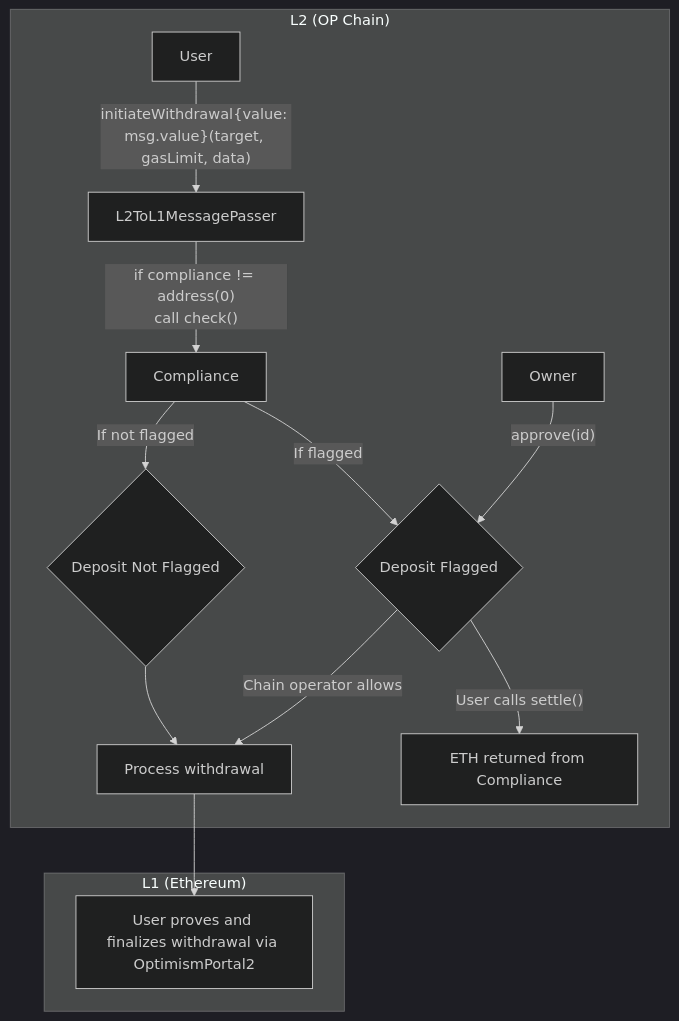
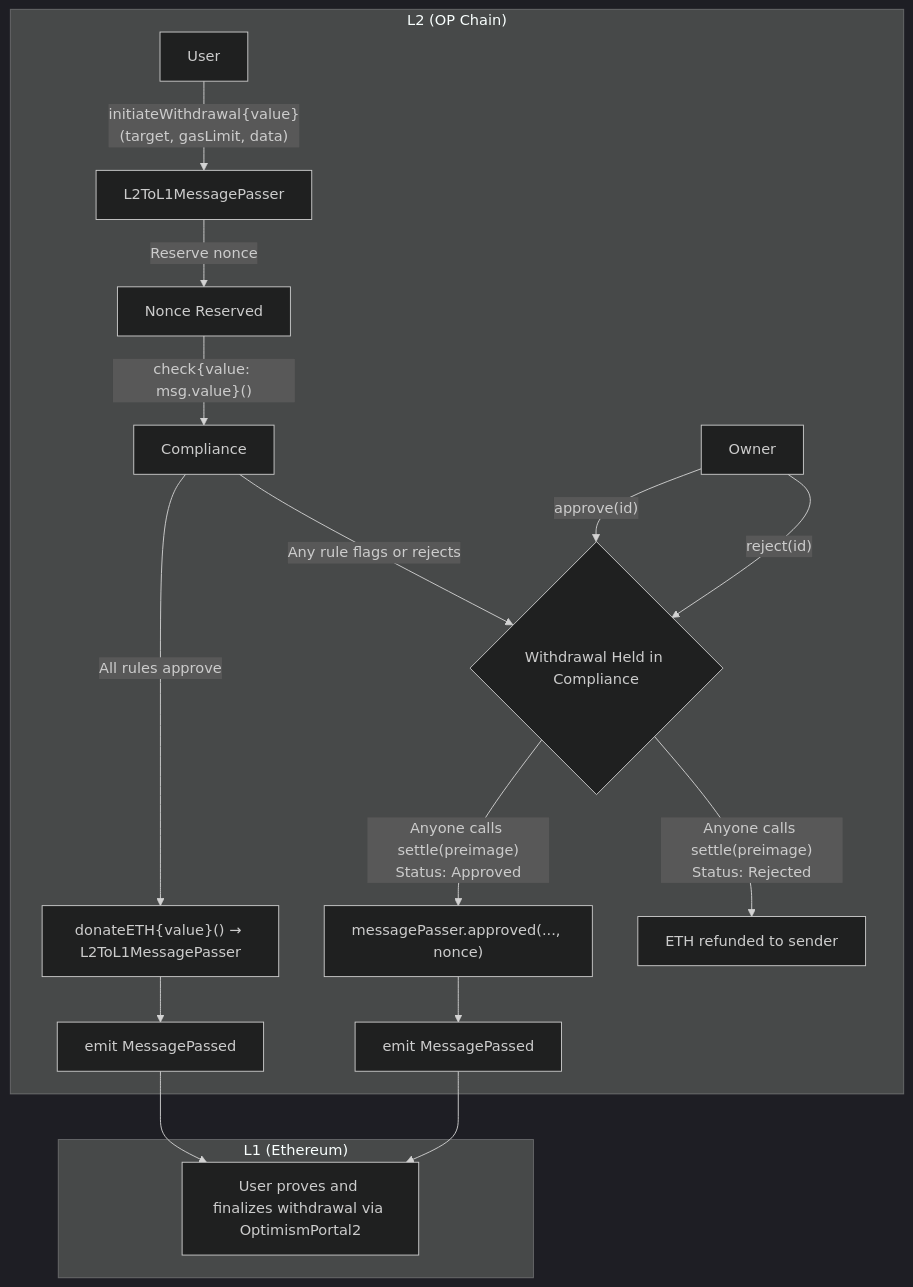
Before and after one commit to ethereum-optimism/design-docs: the second of 2 diagrams in protocol/compliance-module.md, drawn with Mermaid (dark theme). The commit also changed other lines of this file, not shown here.

Commit message:
fix: correct mermaid diagrams for deposit and withdrawal flows
The L1 deposit and L2 withdrawal flow diagrams had several inaccuracies
compared to the detailed design: missing donateETH() on the happy path,
incorrect owner/settle flow, wrong labels ("Deposit" instead of
"Withdrawal"), and missing nonce reservation step. Updated both diagrams
to accurately reflect the contract interactions described in the doc.

````diff
--- a/protocol/compliance-module.md
+++ b/protocol/compliance-module.md
@@ -89,27 +94,34 @@
 ```mermaid
 flowchart TB
     subgraph L2["L2 (OP Chain)"]
         User2[User]
         MessagePasser[L2ToL1MessagePasser]
         Compliance2[Compliance]
         Owner2[Owner]
 
-        User2 -->|"initiateWithdrawal{value: msg.value}(target, gasLimit, data)"| MessagePasser
-        MessagePasser -->|"if compliance != address(0)<br/>call check()"| Compliance2
+        User2 -->|"initiateWithdrawal{value}(target, gasLimit, data)"| MessagePasser
+        MessagePasser -->|"Reserve nonce"| NonceReserved[Nonce Reserved]
+        NonceReserved -->|"check{value: msg.value}()"| Compliance2
 
-        Compliance2 -->|"If not flagged"| Allowed2{Deposit Not Flagged}
-        Allowed2 --> Process1["Process withdrawal"]
+        Compliance2 -->|"All rules approve"| Donate2["donateETH{value}() → L2ToL1MessagePasser"]
+        Donate2 --> Emit3[emit MessagePassed]
 
-        Owner2 -->|"approve(id)"| ApprovedPath
-        Compliance2 -->|If flagged| ApprovedPath{Deposit Flagged}
-        ApprovedPath -->|"Chain operator allows"| Process1
-        ApprovedPath -->|"User calls settle()"| Refund[ETH returned from Compliance]
+        Compliance2 -->|"Any rule flags or rejects"| Held2{Withdrawal Held in Compliance}
+
+        Owner2 -->|"approve(id)"| Held2
+        Owner2 -->|"reject(id)"| Held2
+
+        Held2 -->|"Anyone calls settle(preimage)<br/>Status: Approved"| SettleApproved2["messagePasser.approved(..., nonce)"]
+        SettleApproved2 --> Emit4[emit MessagePassed]
+
+        Held2 -->|"Anyone calls settle(preimage)<br/>Status: Rejected"| Refund2[ETH refunded to sender]
     end
 
     subgraph L1["L1 (Ethereum)"]
         Finalize[User proves and finalizes withdrawal via OptimismPortal2]
     end
 
-    Process1 --> Finalize
+    Emit3 --> Finalize
+    Emit4 --> Finalize
 
 ```
````
